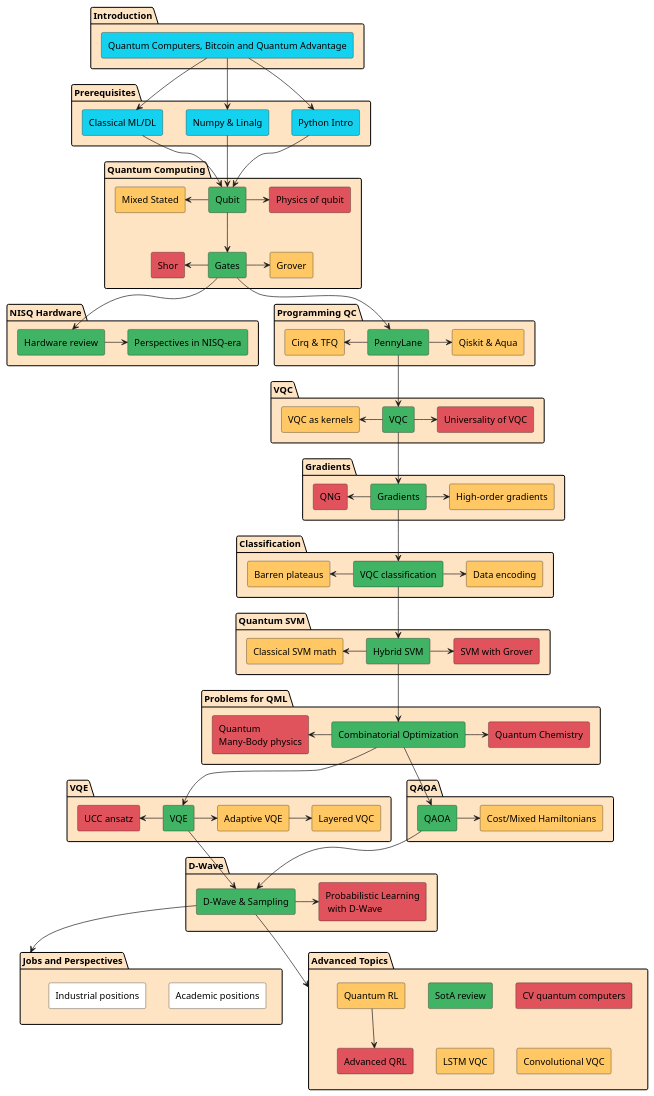
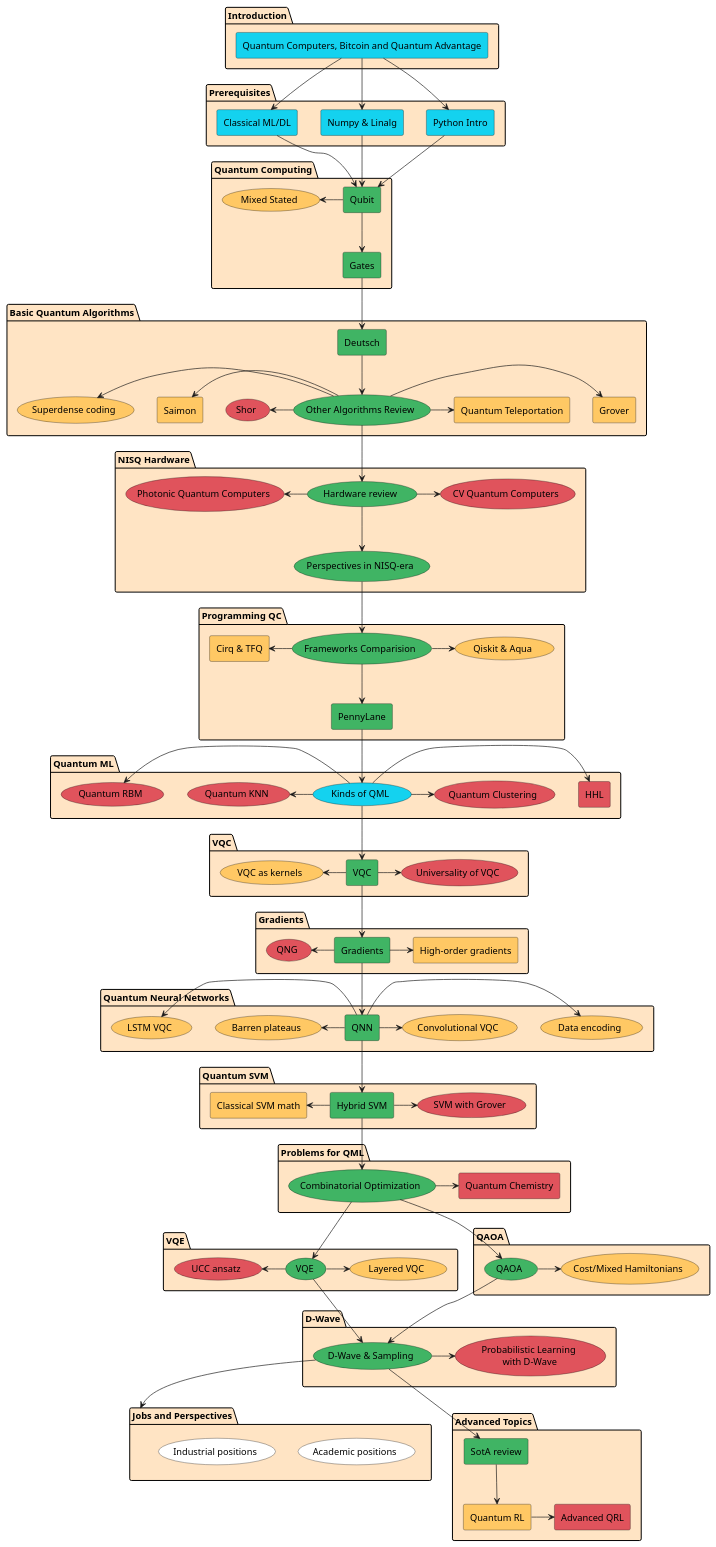
Before and after one commit to dkorzhov/qmlcourse: the diagram in _static/index/program.plantuml, drawn with PlantUML. The commit also changed 185 other files, not shown here.

```diff
--- a/_static/index/program.plantuml
+++ b/_static/index/program.plantuml
@@ -1,151 +1,182 @@
 @startuml
 package "Introduction" #Bisque {
         rectangle "Quantum Computers, Bitcoin and Quantum Advantage" as intro1 #14D2EF
 }
 
 package "Prerequisites" #Bisque {
         rectangle "Python Intro" as python #14D2EF
         rectangle "Numpy & Linalg" as numpy #14D2EF
         rectangle "Classical ML/DL" as ml #14D2EF
 }
 
 package "Quantum Computing" as qci #Bisque {
         rectangle "Qubit" as qubit #40B464
         rectangle "Gates" as gates #40B464
-        rectangle "Physics of qubit" as physq #E0535C
-        rectangle "Mixed Stated" as mixed #FFC864
+        usecase "Mixed Stated" as mixed #FFC864
+}
+
+package "Basic Quantum Algorithms" as qalgo #Bisque {
+        rectangle "Deutsch" as deutsch #40B464
+        usecase "Other Algorithms Review" as advanced_algos #40B464
         rectangle "Grover" as grover #FFC864
-        rectangle "Shor" as shor #E0535C
+        rectangle "Quantum Teleportation" as qtp #FFC864
+        rectangle "Saimon" as saimon #FFC864
+        usecase "Shor" as shor #E0535C
+        usecase "Superdense coding" as superdense_coding #FFC864
 }
 
 package "NISQ Hardware" #Bisque {
-        rectangle "Hardware review" as review #40B464
-        rectangle "Perspectives in NISQ-era" as nisq #40B464
+        usecase "Hardware review" as review #40B464
+        usecase "Perspectives in NISQ-era" as nisq #40B464
+        usecase "Photonic Quantum Computers" as photonic #E0535C
+        usecase "CV Quantum Computers" as cvq #E0535C
 }
 
 package "Programming QC" #Bisque {
+        usecase "Frameworks Comparision" as progcomparision #40B464
         rectangle "PennyLane" as pennylane #40B464
-        rectangle "Qiskit & Aqua" as qiskit #FFC864
+        usecase "Qiskit & Aqua" as qiskit #FFC864
         rectangle "Cirq & TFQ" as cirq #FFC864
+}
+
+package "Quantum ML" #Bisque {
+        usecase "Kinds of QML" as qml_general #14D2EF
+        rectangle "HHL" as hhl #E0535C
+        usecase "Quantum KNN" as qknn #E0535C
+        usecase "Quantum Clustering" as qclustering #E0535C
+        usecase "Quantum RBM" as qrbm #E0535C
 }
 
 package "VQC" #Bisque {
         rectangle "VQC" as vqc #40B464
-        rectangle "VQC as kernels" as kernelvqc #FFC864
-        rectangle "Universality of VQC" as univvqc #E0535C
+        usecase "VQC as kernels" as kernelvqc #FFC864
+        usecase "Universality of VQC" as univvqc #E0535C
 }
 
 package "Gradients" #Bisque {
         rectangle "Gradients" as grad #40B464
         rectangle "High-order gradients" as hograd #FFC864
-        rectangle "QNG" as qng #E0535C
+        usecase "QNG" as qng #E0535C
 }
 
-package "Classification" #Bisque {
-        rectangle "VQC classification" as vqcc #40B464
-        rectangle "Barren plateaus" as barren #FFC864
-        rectangle "Data encoding" as encoding #FFC864
+package "Quantum Neural Networks" #Bisque {
+        rectangle "QNN" as qnn #40B464
+        usecase "Barren plateaus" as barren #FFC864
+        usecase "Data encoding" as encoding #FFC864
+        usecase "Convolutional VQC" as convvqc #FFC864
+        usecase "LSTM VQC" as lstm #FFC864
 }
 
 package "Quantum SVM" #Bisque {
         rectangle "Hybrid SVM" as hsvm #40B464
         rectangle "Classical SVM math" as csvm #FFC864
-        rectangle "SVM with Grover" as gsvm #E0535C
+        usecase "SVM with Grover" as gsvm #E0535C
 }
 
 package "Problems for QML" #Bisque {
-        rectangle "Combinatorial Optimization" as copt #40B464
-        rectangle "Quantum\nMany-Body physics" as qmbp #E0535C
+        usecase "Combinatorial Optimization" as copt #40B464
         rectangle "Quantum Chemistry" as qchem #E0535C
 }
 
 package "VQE" #Bisque {
-        rectangle "VQE" as vqe #40B464
-        rectangle "Adaptive VQE" as avqe #FFC864
-        rectangle "Layered VQC" as lvqe #FFC864
-        rectangle "UCC ansatz" as uuc #E0535C
+        usecase "VQE" as vqe #40B464
+        usecase "Layered VQC" as lvqe #FFC864
+        usecase "UCC ansatz" as uuc #E0535C
 }
 
 package "QAOA" #Bisque {
-        rectangle "QAOA" as qaoa #40B464
-        rectangle "Cost/Mixed Hamiltonians" as hams #FFC864
+        usecase "QAOA" as qaoa #40B464
+        usecase "Cost/Mixed Hamiltonians" as hams #FFC864
 }
 
 package "D-Wave" #Bisque {
-        rectangle "D-Wave & Sampling" as dwave #40B464
-        rectangle "Probabilistic Learning\n with D-Wave" as probml #E0535C
+        usecase "D-Wave & Sampling" as dwave #40B464
+        usecase "Probabilistic Learning\n with D-Wave" as probml #E0535C
 }
 
 package "Jobs and Perspectives" as jobs #Bisque {
-        rectangle "Academic positions" as academic #White
-        rectangle "Industrial positions" as industrial #White
+        usecase "Academic positions" as academic #White
+        usecase "Industrial positions" as industrial #White
 }
 
 package "Advanced Topics" as adv #Bisque {
         rectangle "SotA review" as sota #40B464
         rectangle "Quantum RL" as qrl #FFC864
         rectangle "Advanced QRL" as aqrl #E0535C
-        rectangle "CV quantum computers" as svqc #E0535C
-        rectangle "LSTM VQC" as lstm #FFC864
-        rectangle "Convolutional VQC" as convvqc #FFC864
 }
 
 intro1 --> python
 intro1 --> numpy
 intro1 --> ml
 
 python --> qubit
 numpy --> qubit
 ml --> qubit
 
 qubit --> gates
-qubit -> physq
 mixed <- qubit
-gates -> grover
-shor <- gates
+gates --> deutsch
 
-gates --> review
-review -> nisq
+deutsch --> advanced_algos
+advanced_algos -> grover
+shor <- advanced_algos
+advanced_algos -> qtp
+saimon <- advanced_algos
+superdense_coding <- advanced_algos
 
-gates --> pennylane
-cirq <- pennylane
-pennylane -> qiskit
+advanced_algos --> review
+review --> nisq
+photonic <- review
+review -> cvq
 
-pennylane --> vqc
+nisq --> progcomparision
+progcomparision --> pennylane
+cirq <- progcomparision
+progcomparision -> qiskit
+
+pennylane --> qml_general
+
+qml_general -> hhl
+qknn <- qml_general
+qml_general -> qclustering
+qrbm <- qml_general
+
+qml_general --> vqc
 kernelvqc <- vqc
 vqc -> univvqc
 
 vqc --> grad
 qng <- grad
 grad -> hograd
 
-grad --> vqcc
-barren <- vqcc
-vqcc -> encoding
+grad --> qnn
+barren <- qnn
+qnn -> encoding
+lstm <- qnn
+qnn -> convvqc
 
-vqcc --> hsvm
+qnn --> hsvm
 csvm <- hsvm
 hsvm -> gsvm
 
 hsvm --> copt
-qmbp <- copt
 copt -> qchem
 
 copt --> vqe
 uuc <- vqe
-vqe -> avqe
-avqe -> lvqe
+vqe -> lvqe
 
 copt --> qaoa
 qaoa -> hams
 
 qaoa --> dwave
 vqe --> dwave
 dwave -> probml
 
 dwave --> jobs
 
-dwave -->adv
-qrl --> aqrl
+dwave --> sota
+sota --> qrl
+qrl -> aqrl
 
 @enduml
```
